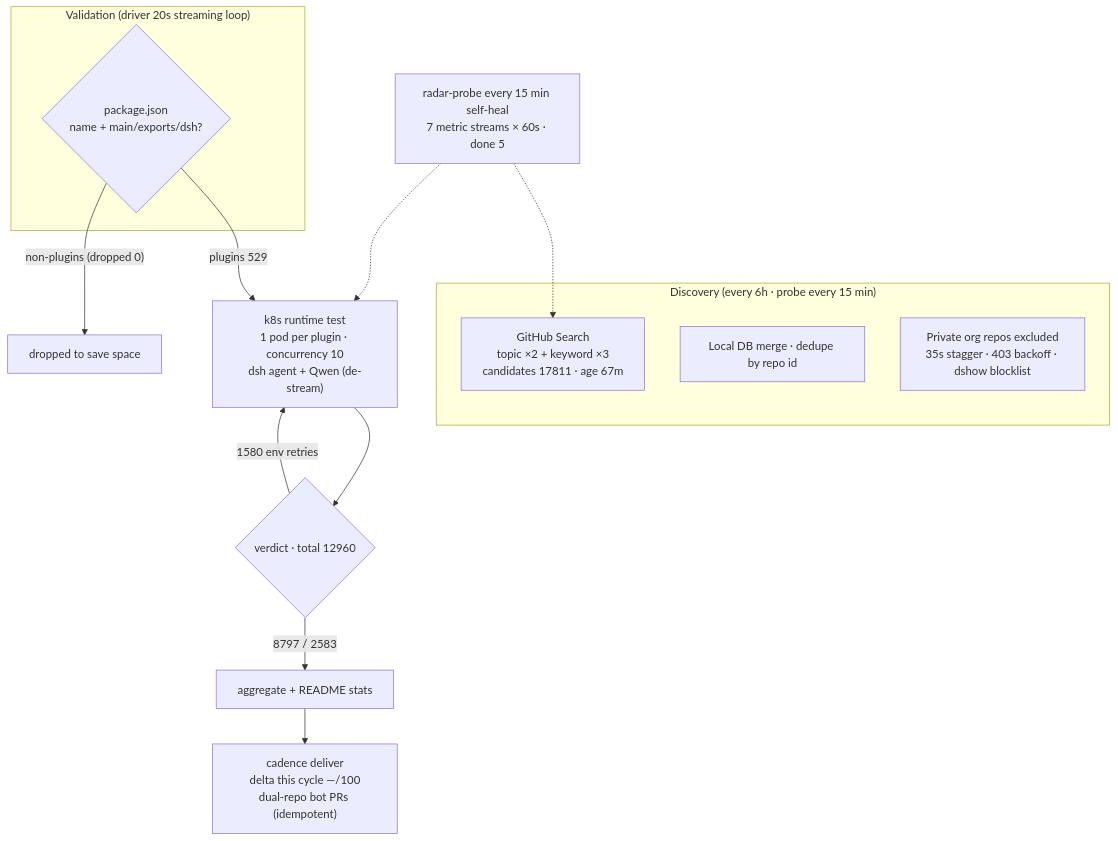
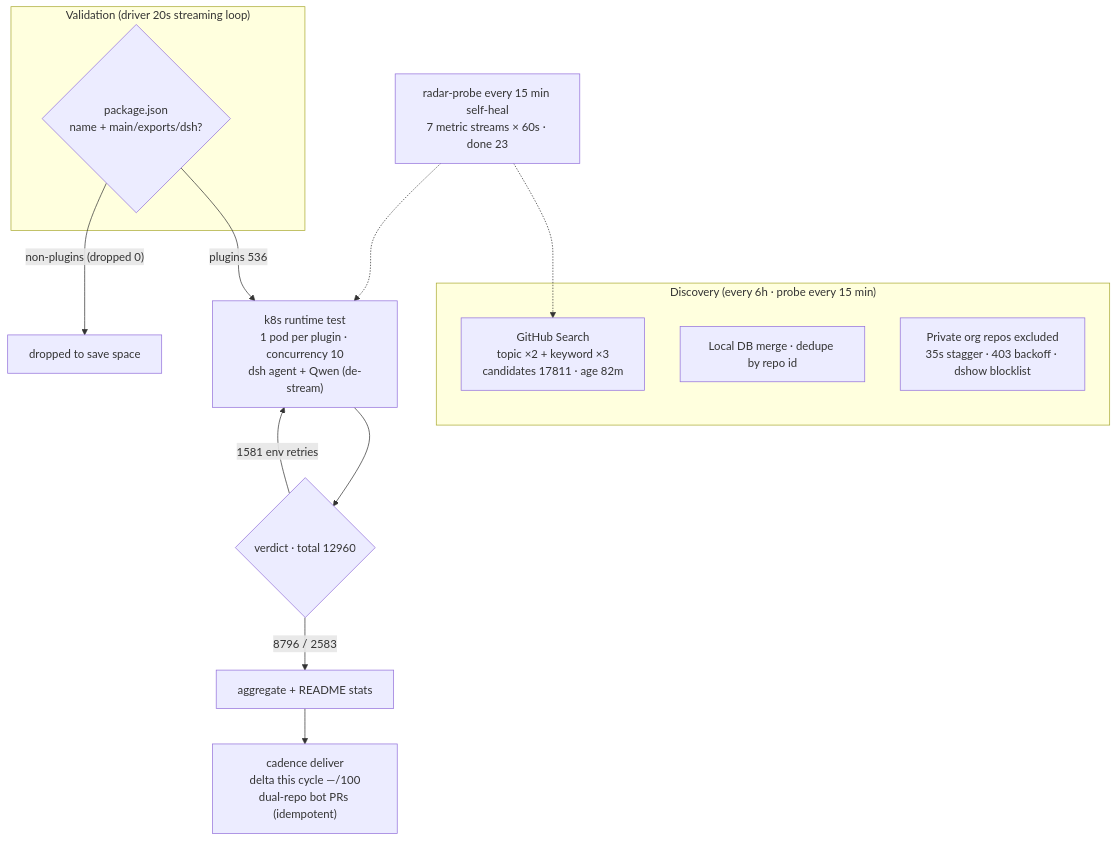
Before and after one commit to AdamPlatin123/awesome-dsh-plugins: the diagram in README.en-US.md, drawn with Mermaid. The commit also changed other lines of this file and 5 other files, not shown here.

````diff
--- a/README.en-US.md
+++ b/README.en-US.md
@@ -45,20 +45,20 @@
 ```mermaid
 flowchart TB
     subgraph Discovery["Discovery (every 6h · probe every 15 min)"]
-        A1["GitHub Search<br/>topic ×2 + keyword ×3<br/>candidates 17811 · age 67m"]
+        A1["GitHub Search<br/>topic ×2 + keyword ×3<br/>candidates 17811 · age 82m"]
         A2["Local DB merge · dedupe by repo id"]
         A3["Private org repos excluded<br/>35s stagger · 403 backoff · dshow blocklist"]
     end
     subgraph Validation["Validation (driver 20s streaming loop)"]
         B1{"package.json<br/>name + main/exports/dsh?"}
     end
-    B1 -->|"plugins 529"| C1["k8s runtime test<br/>1 pod per plugin · concurrency 10<br/>dsh agent + Qwen (de-stream)"]
+    B1 -->|"plugins 536"| C1["k8s runtime test<br/>1 pod per plugin · concurrency 10<br/>dsh agent + Qwen (de-stream)"]
     B1 -->|"non-plugins (dropped 0)"| B3["dropped to save space"]
     C1 --> D1{"verdict · total 12960"}
-    D1 -->|"8797 / 2583"| E1["aggregate + README stats"]
-    D1 -->|"1580 env retries"| C1
+    D1 -->|"8796 / 2583"| E1["aggregate + README stats"]
+    D1 -->|"1581 env retries"| C1
     E1 --> E2["cadence deliver<br/>delta this cycle —/100<br/>dual-repo bot PRs (idempotent)"]
-    M["radar-probe every 15 min self-heal<br/>7 metric streams × 60s · done 5"]
+    M["radar-probe every 15 min self-heal<br/>7 metric streams × 60s · done 23"]
     M -.-> A1
     M -.-> C1
 ```
````
